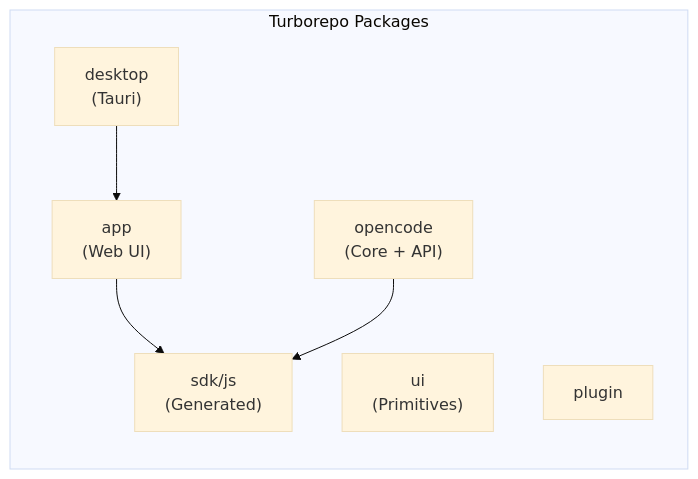
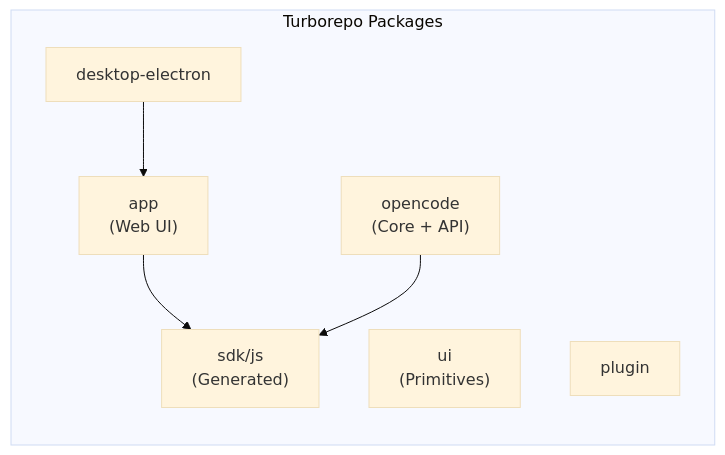
Before and after one commit to mani-kv/opendesign: the fifth of 11 diagrams in docs/architecture.md, drawn with Mermaid (base theme). The commit also changed other lines of this file and 271 other files, not shown here.

````diff
--- a/docs/architecture.md
+++ b/docs/architecture.md
@@ -226,15 +226,15 @@
 ```mermaid
 flowchart LR
     subgraph Packages["Turborepo Packages"]
         OpenCode["opencode\n(Core + API)"]
         App["app\n(Web UI)"]
-        Desktop["desktop\n(Tauri)"]
+        Desktop["desktop-electron"]
         SDK["sdk/js\n(Generated)"]
         UI["ui\n(Primitives)"]
         Plugin["plugin"]
     end
 
     App --> SDK
     Desktop --> App
     OpenCode --> SDK
 ```
````
